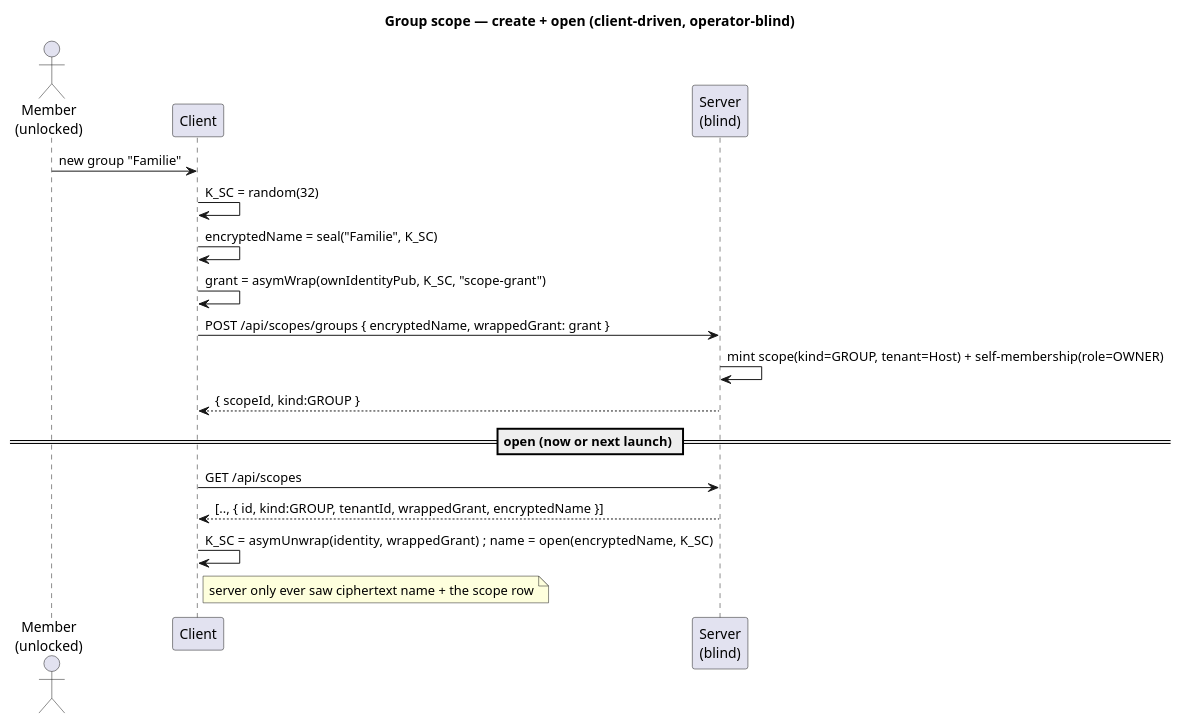
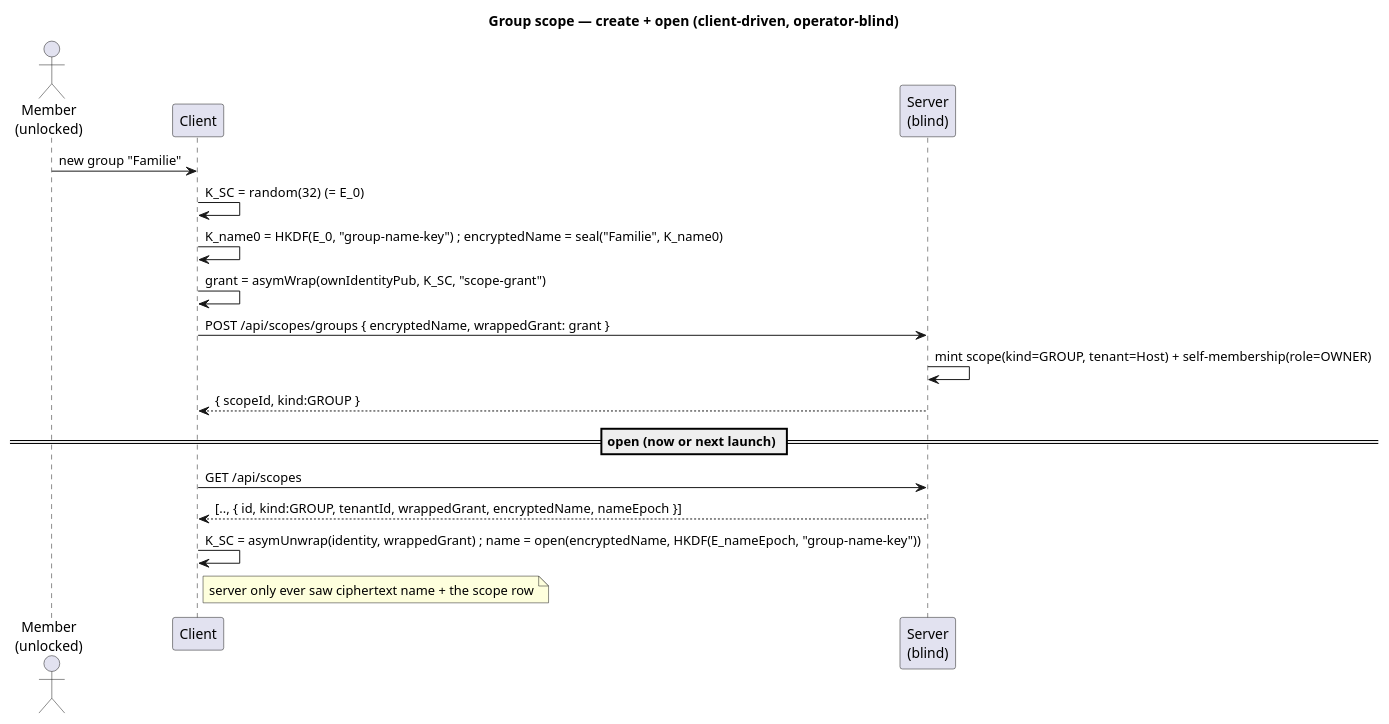
The diagram in docs/features/spaces/enablers/en.spaces.group-scope.md (raddatzk/veyq-no-e2ee), drawn with PlantUML before and after one commit. The commit also changed other lines of this file and 40 other files, not shown here.

First line of the commit message:
feat(spaces): consent before group-add with a verifiable invitee name (cr-0094–0096, G2b)

````diff
--- a/docs/features/spaces/enablers/en.spaces.group-scope.md
+++ b/docs/features/spaces/enablers/en.spaces.group-scope.md
@@ -61,22 +67,22 @@
 ```plantuml
 @startuml
 title Group scope — create + open (client-driven, operator-blind)
 skinparam shadowing false
 actor "Member\n(unlocked)" as U
 participant "Client" as C
 participant "Server\n(blind)" as S
 
 U -> C : new group "Familie"
-C -> C : K_SC = random(32)
-C -> C : encryptedName = seal("Familie", K_SC)
+C -> C : K_SC = random(32)  (= E_0)
+C -> C : K_name0 = HKDF(E_0, "group-name-key") ; encryptedName = seal("Familie", K_name0)
 C -> C : grant = asymWrap(ownIdentityPub, K_SC, "scope-grant")
 C -> S : POST /api/scopes/groups { encryptedName, wrappedGrant: grant }
 S -> S : mint scope(kind=GROUP, tenant=Host) + self-membership(role=OWNER)
 S --> C : { scopeId, kind:GROUP }
 == open (now or next launch) ==
 C -> S : GET /api/scopes
-S --> C : [.., { id, kind:GROUP, tenantId, wrappedGrant, encryptedName }]
-C -> C : K_SC = asymUnwrap(identity, wrappedGrant)   ; name = open(encryptedName, K_SC)
+S --> C : [.., { id, kind:GROUP, tenantId, wrappedGrant, encryptedName, nameEpoch }]
+C -> C : K_SC = asymUnwrap(identity, wrappedGrant) ; name = open(encryptedName, HKDF(E_nameEpoch, "group-name-key"))
 note right of C : server only ever saw ciphertext name + the scope row
 @enduml
 ```
````
